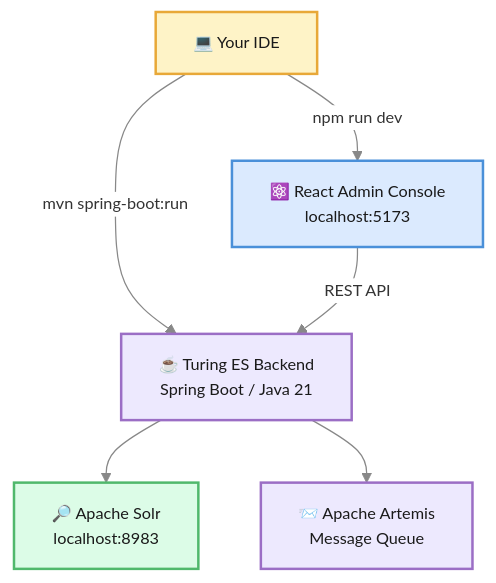
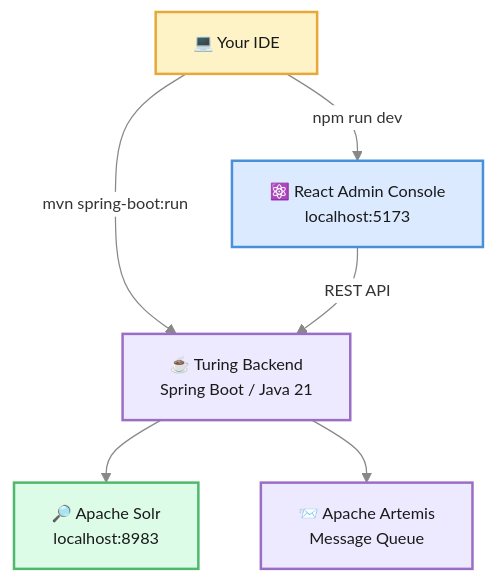
One commit to openviglet/docs changed the first of 2 diagrams in docs-turing/developer-guide.md. Above: the diagram before and after it, drawn with Mermaid. The commit also changed other lines of this file and 157 other files, not shown here.

````diff
--- a/docs-turing/developer-guide.md
+++ b/docs-turing/developer-guide.md
@@ -30,19 +30,19 @@
 ```mermaid
 %%{init: {'theme': 'base', 'themeVariables': {'fontSize': '13px', 'primaryColor': '#fff', 'primaryBorderColor': '#c0c0c0', 'lineColor': '#888', 'textColor': '#333'}}}%%
 graph TD
-    A["💻 Your IDE"] -->|"mvn spring-boot:run"| B["☕ Turing ES Backend\nSpring Boot / Java 21"]
+    A["💻 Your IDE"] -->|"mvn spring-boot:run"| B["☕ Turing Backend\nSpring Boot / Java 21"]
     A -->|"npm run dev"| C["⚛️ React Admin Console\nlocalhost:5173"]
     B --> D["🔎 Apache Solr\nlocalhost:8983"]
     B --> E["📨 Apache Artemis\nMessage Queue"]
     C -->|"REST API"| B
 
     classDef blue fill:#dbeafe,stroke:#4A90D9,stroke-width:2px,color:#1a1a1a
     classDef green fill:#dcfce7,stroke:#50B86C,stroke-width:2px,color:#1a1a1a
     classDef purple fill:#ede9fe,stroke:#9B6EC5,stroke-width:2px,color:#1a1a1a
     classDef amber fill:#fef3c7,stroke:#E8A838,stroke-width:2px,color:#1a1a1a
 
     class A amber
     class B,E purple
     class C blue
     class D green
 ```
````
